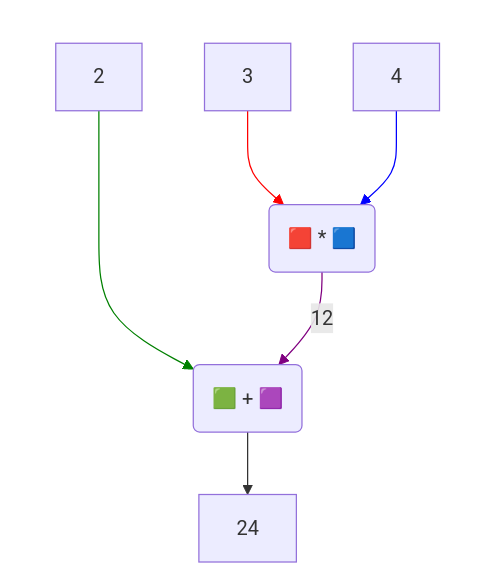
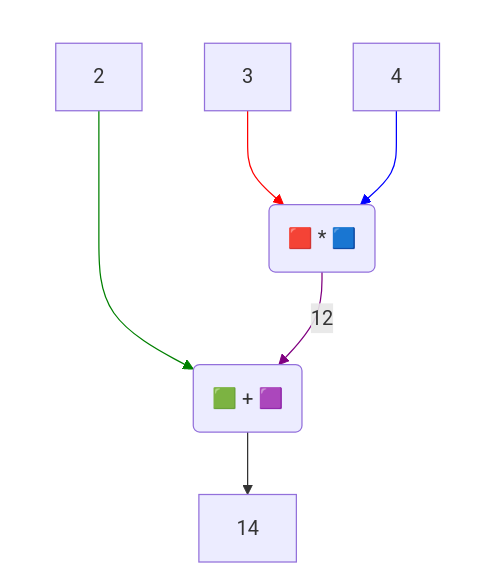
The first of 2 diagrams in Вирази - використання дужок.md (EugeneLoy/javascript-handbook), drawn with Mermaid before and after one commit.

````diff
--- a/Вирази - використання дужок.md
+++ b/Вирази - використання дужок.md
@@ -17,24 +17,24 @@
 ```mermaid
 flowchart TD
     subgraph VALUES[" "]
       V1[2]
       V2[3]
       V3[4]
     end
 
     O1("🟥 * 🟦")
     O2("🟩 + 🟪")
-    R2[24]
+    R2[14]
 
     V1 --> O2
     V2 --> O1
     V3 --> O1
     O1 -->|12| O2
     O2 --> R2
 
 style VALUES stroke:none, fill:none
 linkStyle 0 stroke:green
 linkStyle 1 stroke:red
 linkStyle 2 stroke:blue
 linkStyle 3 stroke:purple
 ```
````
